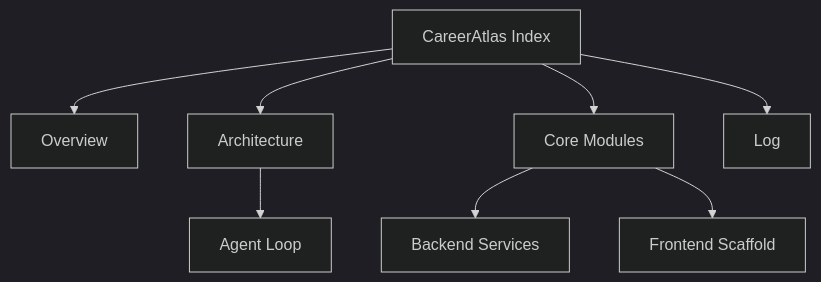
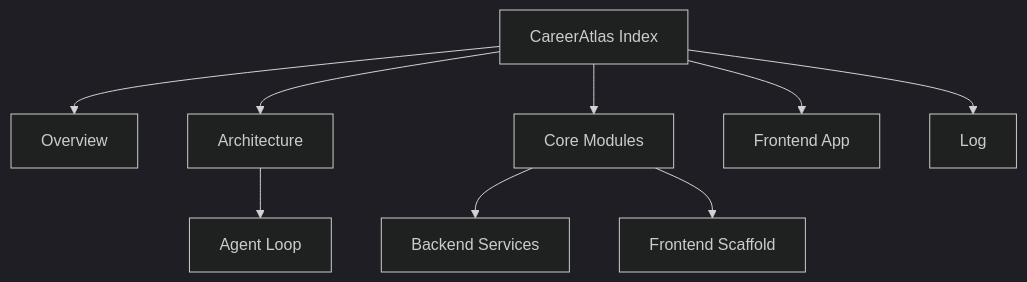
Before and after one commit to supersparton/CareerAtlas: the diagram in wiki/index.md, drawn with Mermaid (dark theme). The commit also changed other lines of this file and 7 other files, not shown here.

````diff
--- a/wiki/index.md
+++ b/wiki/index.md
@@ -37,10 +39,11 @@
 ```mermaid
 graph TD
     A[CareerAtlas Index] --> B[Overview]
     A --> C[Architecture]
     A --> D[Core Modules]
+    A --> I[Frontend App]
     A --> E[Log]
     C --> F[Agent Loop]
     D --> G[Backend Services]
     D --> H[Frontend Scaffold]
 ```
````
